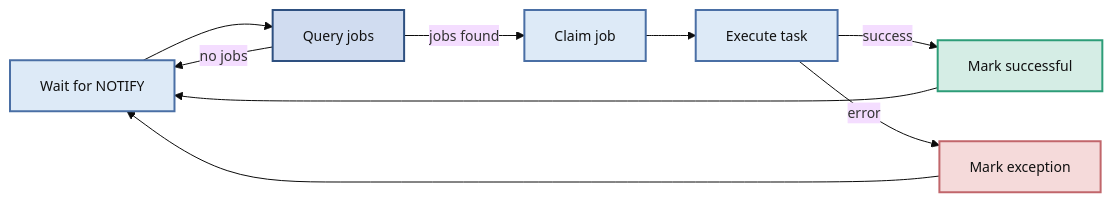
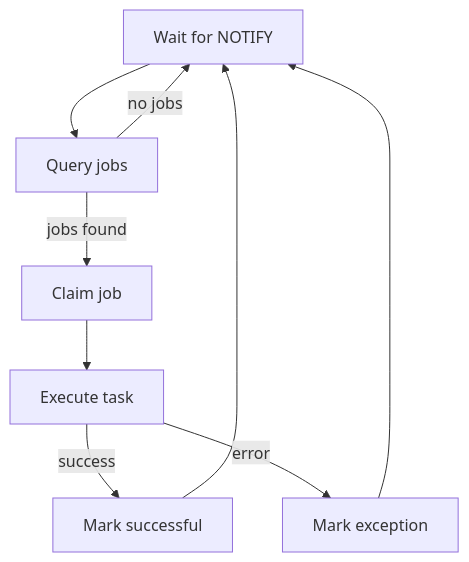
Before and after one commit to janbjorge/pgqueuer: the second of 3 diagrams in docs/reference/architecture.md, drawn with Mermaid. The commit also changed other lines of this file and 4 other files, not shown here.

First line of the commit message:
fix: make Mermaid diagrams readable in both light and dark mode

````diff
--- a/docs/reference/architecture.md
+++ b/docs/reference/architecture.md
@@ -47,24 +30,11 @@
 ```mermaid
-%%{init: {'theme': 'base', 'themeVariables': {'fontSize': '14px', 'fontFamily': 'Inter, sans-serif'}}}%%
-flowchart LR
+flowchart TD
     Wait[Wait for NOTIFY] --> Query[Query jobs]
     Query -->|no jobs| Wait
     Query -->|jobs found| Claim[Claim job]
     Claim --> Execute[Execute task]
     Execute -->|success| Success[Mark successful]
     Execute -->|error| Error[Mark exception]
     Success --> Wait
     Error --> Wait
-
-    classDef wait    fill:#DDEAF7,stroke:#4A6FA5,stroke-width:2px,color:#111
-    classDef db      fill:#D0DCF0,stroke:#2E5080,stroke-width:2px,color:#111
-    classDef process fill:#DDEAF7,stroke:#4A6FA5,stroke-width:2px,color:#111
-    classDef success fill:#D5EDE5,stroke:#2D9D78,stroke-width:2px,color:#111
-    classDef error   fill:#F5DADA,stroke:#C1666B,stroke-width:2px,color:#111
-
-    class Wait wait
-    class Query db
-    class Claim,Execute process
-    class Success success
-    class Error error
 ```
````
